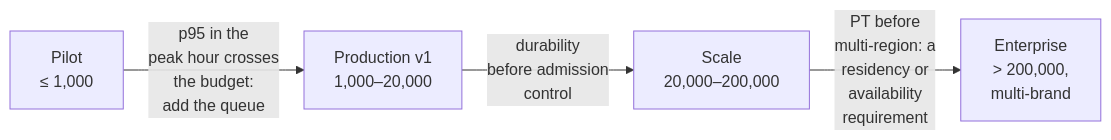
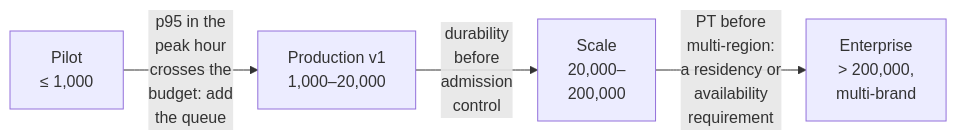
One commit to aniryou/full-stack-agentic-engineer changed the third of 3 diagrams in 06-gateway/scaling-admission-cost/agentic-scaling-lab/docs/01-scaling-primer.md. Above: the diagram before and after it, drawn with Mermaid. The commit also changed 8 other files, not shown here.

First line of the commit message:
WIP snapshot: the figure round (charts, improvements, additions) in progress (2026-10-30T17:23:18Z); not validated [skip ci]

````diff
--- a/06-gateway/scaling-admission-cost/agentic-scaling-lab/docs/01-scaling-primer.md
+++ b/06-gateway/scaling-admission-cost/agentic-scaling-lab/docs/01-scaling-primer.md
@@ -637,6 +637,6 @@
 ```mermaid
 flowchart LR
-    P["Pilot<br/>≤ 1,000"] -- "p95 in the<br/>peak hour crosses<br/>the budget:<br/>add the queue" --> V1["Production v1<br/>1,000–20,000"]
-    V1 -- "durability<br/>before admission<br/>control" --> S["Scale<br/>20,000–200,000"]
-    S -- "PT before<br/>multi-region: a<br/>residency or<br/>availability<br/>requirement" --> E["Enterprise<br/>> 200,000,<br/>multi-brand"]
+    P["Pilot<br/>≤ 1,000"] -- "p95 in the<br/>peak hour<br/>crosses the<br/>budget: add<br/>the queue" --> V1["Production v1<br/>1,000–20,000"]
+    V1 -- "durability<br/>before<br/>admission<br/>control" --> S["Scale<br/>20,000–<br/>200,000"]
+    S -- "PT before<br/>multi-region:<br/>a residency or<br/>availability<br/>requirement" --> E["Enterprise<br/>> 200,000,<br/>multi-brand"]
 ```
````
